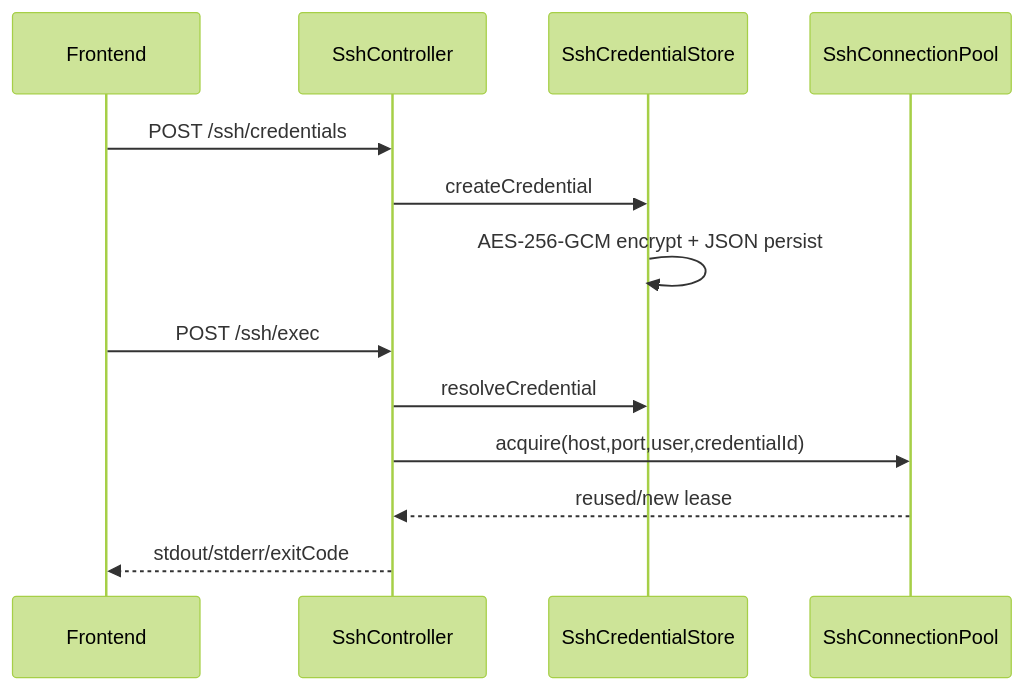
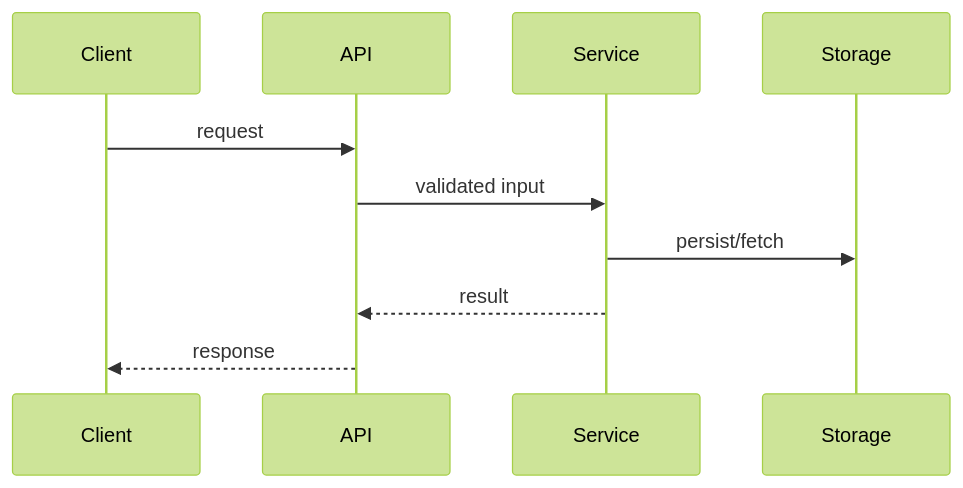
Before and after one commit to linlay/term-webclient: the first of 2 diagrams in .doc/architecture/DATA_FLOW.md, drawn with Mermaid (forest theme). The commit also changed other lines of this file and 44 other files, not shown here.

````diff
--- a/.doc/architecture/DATA_FLOW.md
+++ b/.doc/architecture/DATA_FLOW.md
@@ -52,17 +4,12 @@
 ```mermaid
 sequenceDiagram
-  participant UI as Frontend
-  participant SSHC as SshController
-  participant STORE as SshCredentialStore
-  participant POOL as SshConnectionPool
-
-  UI->>SSHC: POST /ssh/credentials
-  SSHC->>STORE: createCredential
-  STORE->>STORE: AES-256-GCM encrypt + JSON persist
-
-  UI->>SSHC: POST /ssh/exec
-  SSHC->>STORE: resolveCredential
-  SSHC->>POOL: acquire(host,port,user,credentialId)
-  POOL-->>SSHC: reused/new lease
-  SSHC-->>UI: stdout/stderr/exitCode
+  participant C as Client
+  participant API as API
+  participant SVC as Service
+  participant STORE as Storage
+  C->>API: request
+  API->>SVC: validated input
+  SVC->>STORE: persist/fetch
+  SVC-->>API: result
+  API-->>C: response
 ```
````
